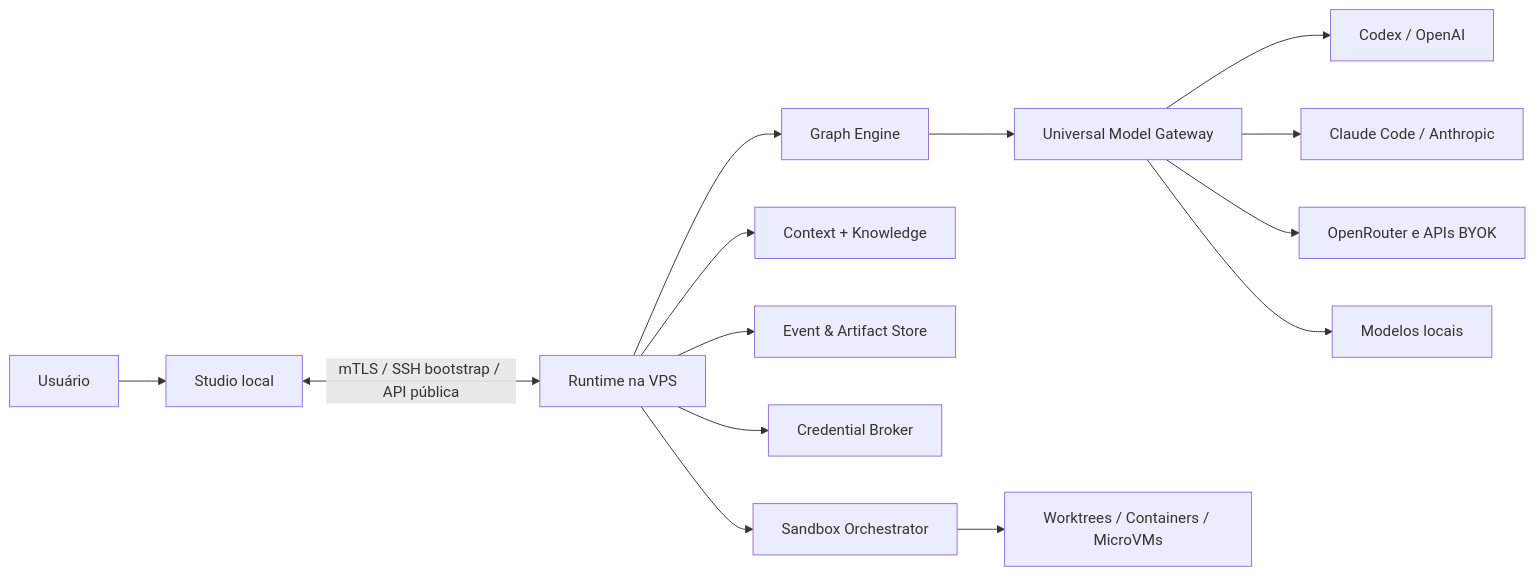
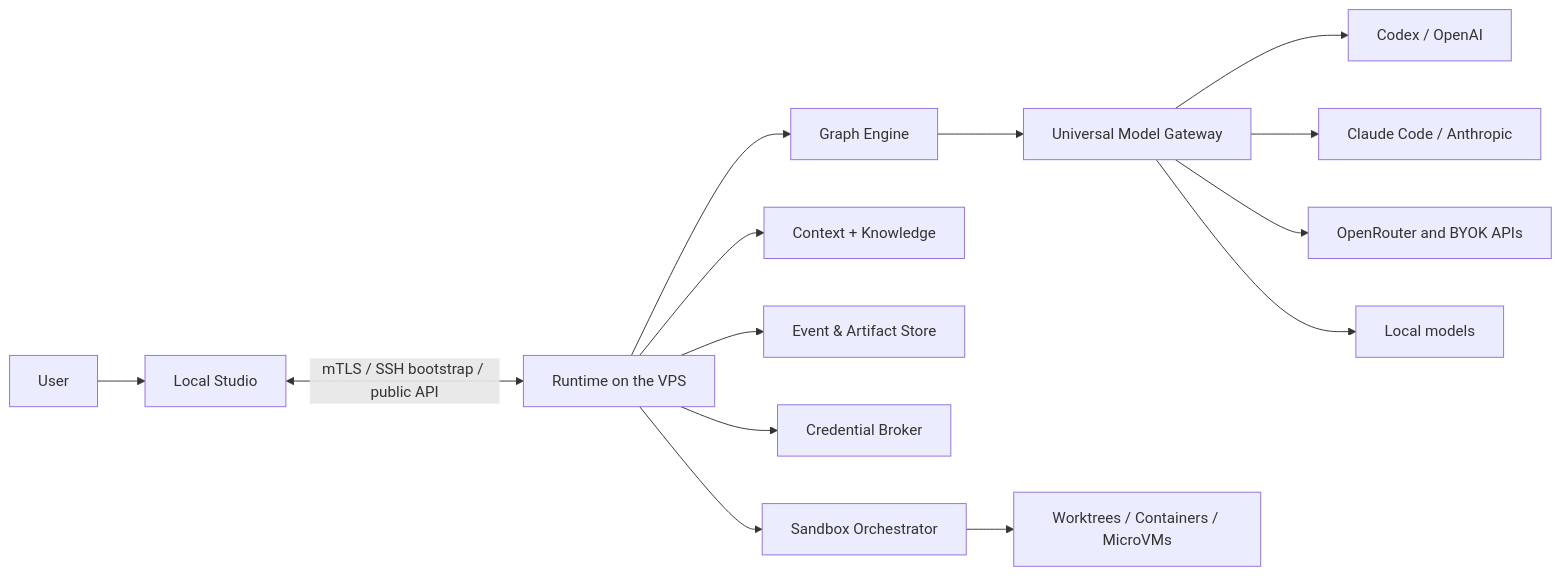
Before and after one commit to stabem/GraphHelm: the first of 2 diagrams in MASTER_PRD.md, drawn with Mermaid. The commit also changed other lines of this file and 25 other files, not shown here.

````diff
--- a/MASTER_PRD.md
+++ b/MASTER_PRD.md
@@ -191,16 +191,16 @@
 ```mermaid
 flowchart LR
-    U[Usuário] --> S[Studio local]
-    S <-->|mTLS / SSH bootstrap / API pública| R[Runtime na VPS]
+    U[User] --> S[Local Studio]
+    S <-->|mTLS / SSH bootstrap / public API| R[Runtime on the VPS]
     R --> G[Graph Engine]
     R --> C[Context + Knowledge]
     R --> E[Event & Artifact Store]
     R --> B[Credential Broker]
     R --> X[Sandbox Orchestrator]
     G --> M[Universal Model Gateway]
     M --> OAI[Codex / OpenAI]
     M --> ANT[Claude Code / Anthropic]
-    M --> OR[OpenRouter e APIs BYOK]
-    M --> LOC[Modelos locais]
+    M --> OR[OpenRouter and BYOK APIs]
+    M --> LOC[Local models]
     X --> W[Worktrees / Containers / MicroVMs]
 ```
````
